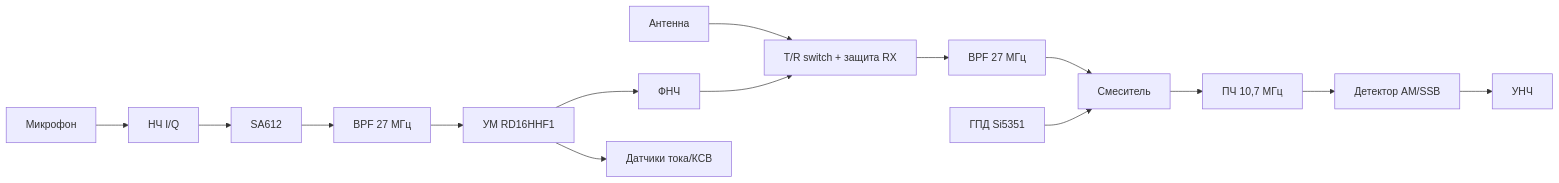
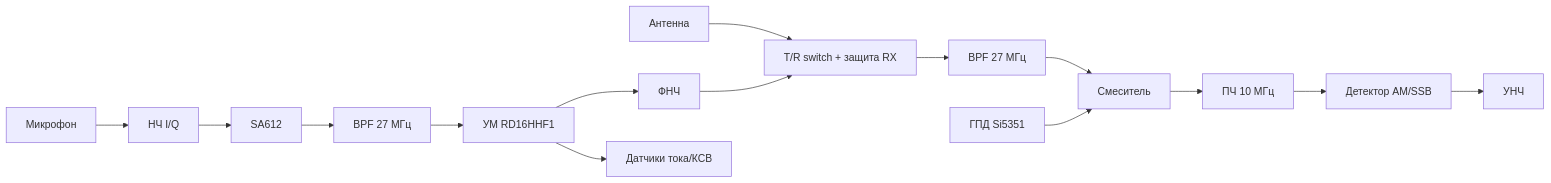
The diagram in docs/block-diagram.md (okunevpy-create/TRX_27MHz), drawn with Mermaid before and after one commit. The commit also changed other lines of this file and 4 other files, not shown here.

````diff
--- a/docs/block-diagram.md
+++ b/docs/block-diagram.md
@@ -3,18 +3,18 @@
 ```mermaid
 graph LR
     ANT[Антенна] --> TR[T/R switch + защита RX]
     TR --> BPF[BPF 27 МГц]
     BPF --> MIX[Смеситель]
-    MIX --> IF[ПЧ 10,7 МГц]
+    MIX --> IF[ПЧ 10 МГц]
     IF --> DET[Детектор AM/SSB]
     DET --> AMP[УНЧ]
     VFO[ГПД Si5351] --> MIX
 
     MIC[Микрофон] --> IQ[НЧ I/Q]
     IQ --> MOD[SA612]
     MOD --> BPF2[BPF 27 МГц]
     BPF2 --> PA[УМ RD16HHF1]
     PA --> LPF[ФНЧ]
     LPF --> TR
     PA --> SWR[Датчики тока/КСВ]
 ```
````
